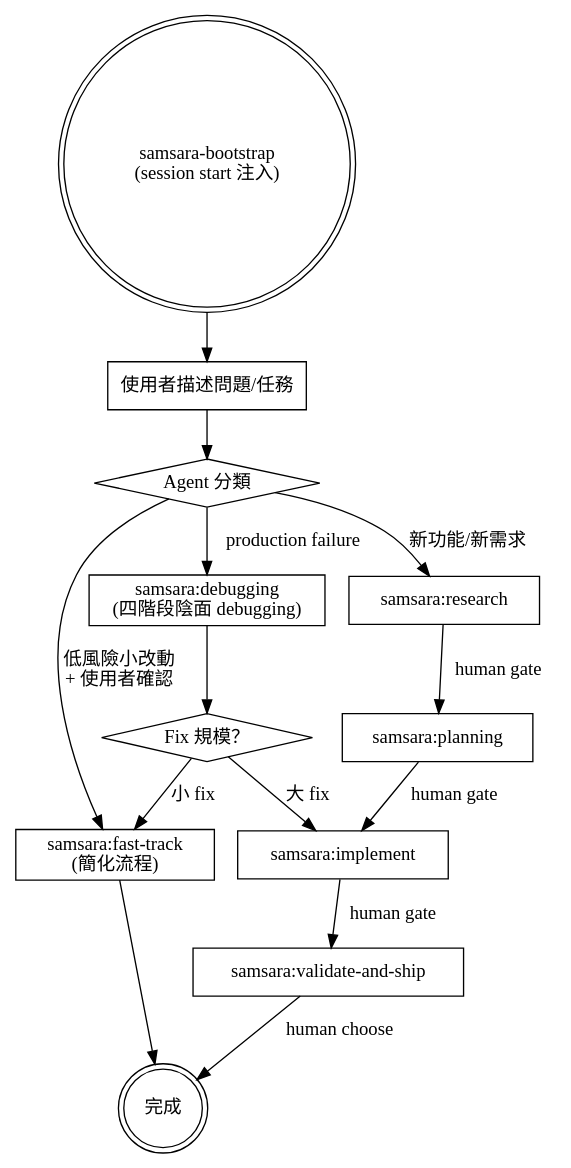
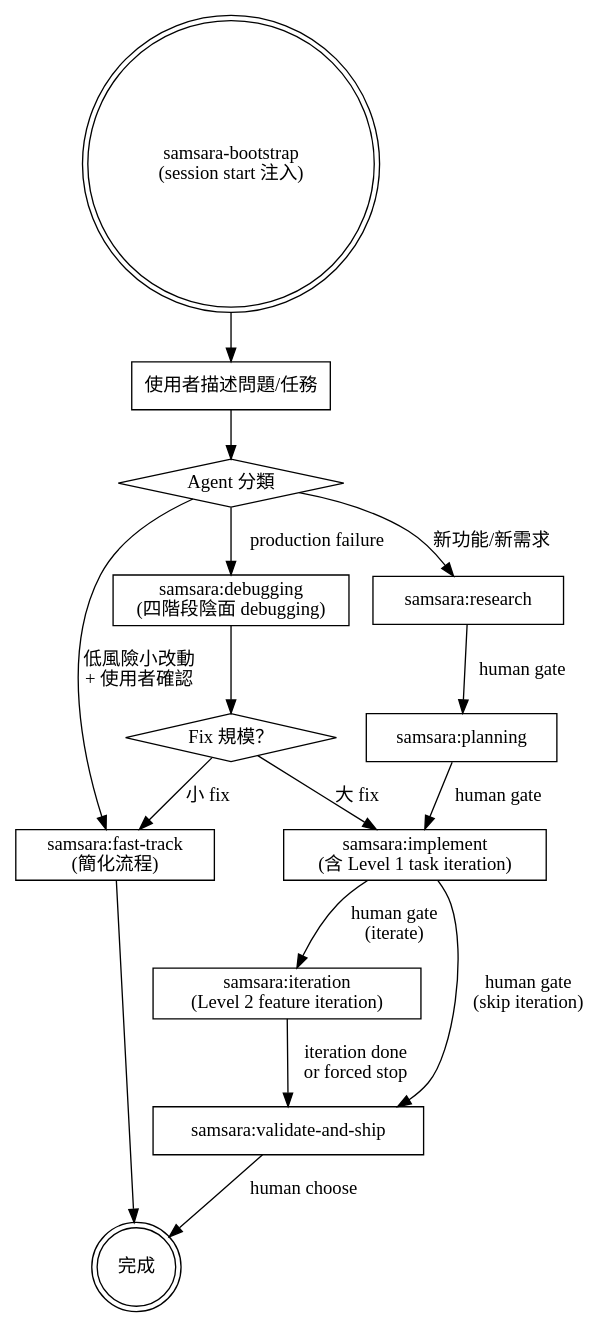
The diagram in samsara/skills/samsara-bootstrap/SKILL.md (roymondliao/kaleidoscope-tools), drawn with Graphviz before and after one commit. The commit also changed other lines of this file and 26 other files, not shown here.

First line of the commit message:
feat(samsara): implement Phase 4 dual-level auto iteration

````diff
--- a/samsara/skills/samsara-bootstrap/SKILL.md
+++ b/samsara/skills/samsara-bootstrap/SKILL.md
@@ -46,36 +46,39 @@
 ```dot
 digraph samsara_routing {
     rankdir=TB;
     node [shape=box];
 
     bootstrap [label="samsara-bootstrap\n(session start 注入)" shape=doublecircle];
     input [label="使用者描述問題/任務"];
     classify [label="Agent 分類" shape=diamond];
 
     fast_track [label="samsara:fast-track\n(簡化流程)"];
     research [label="samsara:research"];
     planning [label="samsara:planning"];
-    implement [label="samsara:implement"];
+    implement [label="samsara:implement\n(含 Level 1 task iteration)"];
+    iteration [label="samsara:iteration\n(Level 2 feature iteration)"];
     validate [label="samsara:validate-and-ship"];
     debugging [label="samsara:debugging\n(四階段陰面 debugging)"];
 
     fix_size [label="Fix 規模？" shape=diamond];
     done [label="完成" shape=doublecircle];
 
     bootstrap -> input;
     input -> classify;
     classify -> fast_track [label="低風險小改動\n+ 使用者確認"];
     classify -> research [label="新功能/新需求"];
     classify -> debugging [label="production failure"];
 
     research -> planning [label="human gate"];
     planning -> implement [label="human gate"];
-    implement -> validate [label="human gate"];
+    implement -> iteration [label="human gate\n(iterate)"];
+    implement -> validate [label="human gate\n(skip iteration)"];
+    iteration -> validate [label="iteration done\nor forced stop"];
     validate -> done [label="human choose"];
 
     fast_track -> done;
     debugging -> fix_size;
     fix_size -> fast_track [label="小 fix"];
     fix_size -> implement [label="大 fix"];
 }
 ```
````
